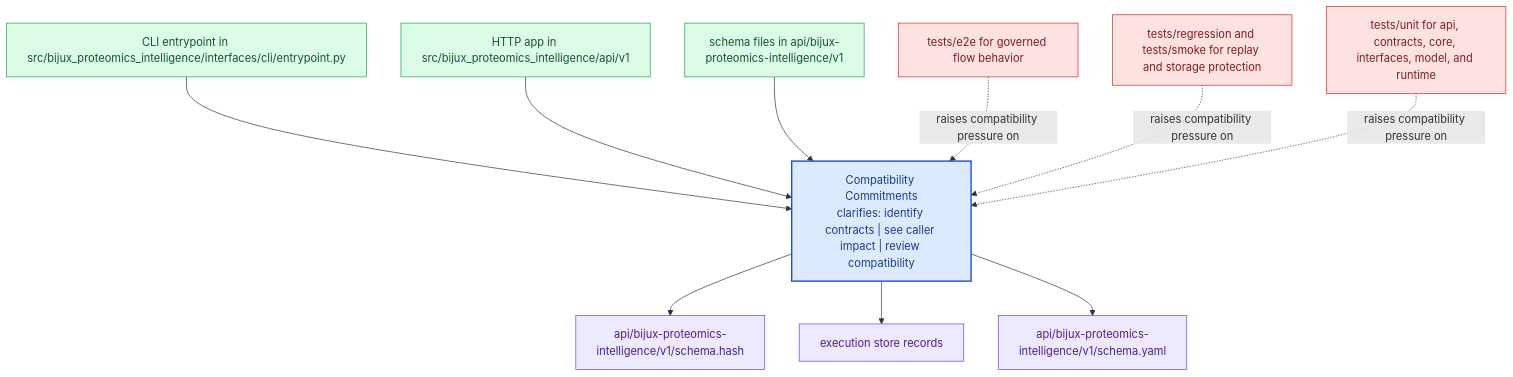
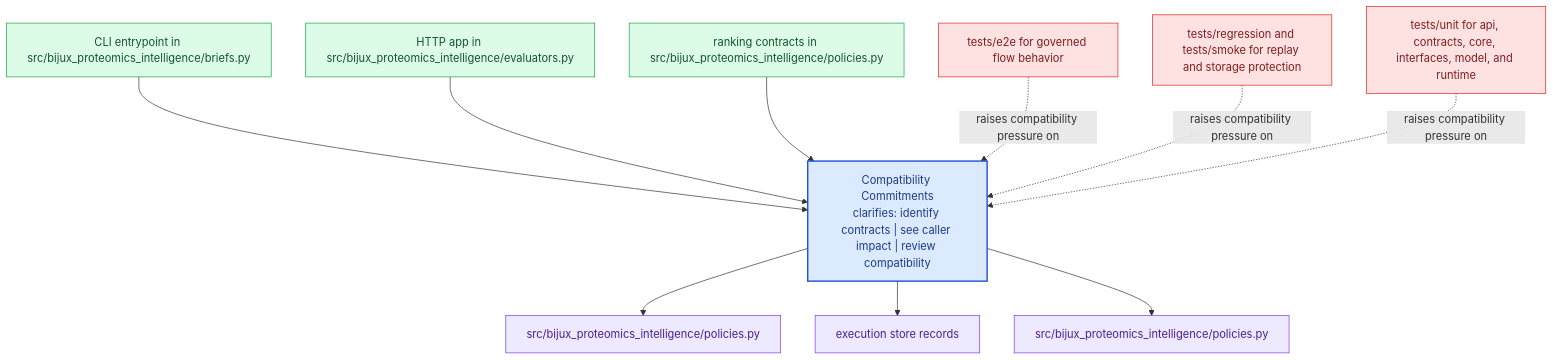
Before and after one commit to bijux/bijux-proteomics: the diagram in docs/bijux-proteomics-intelligence/interfaces/compatibility-commitments.md, drawn with Mermaid. The commit also changed other lines of this file and 24 other files, not shown here.

Commit message:
docs(bijux-proteomics-intelligence): align handbook with ranking and decision responsibilities

````diff
--- a/docs/bijux-proteomics-intelligence/interfaces/compatibility-commitments.md
+++ b/docs/bijux-proteomics-intelligence/interfaces/compatibility-commitments.md
@@ -23,31 +23,31 @@
 ```mermaid
 flowchart TB
     page["Compatibility Commitments<br/>clarifies: identify contracts | see caller impact | review compatibility"]
     classDef page fill:#dbeafe,stroke:#1d4ed8,color:#1e3a8a,stroke-width:2px;
     classDef positive fill:#dcfce7,stroke:#16a34a,color:#14532d;
     classDef caution fill:#fee2e2,stroke:#dc2626,color:#7f1d1d;
     classDef anchor fill:#ede9fe,stroke:#7c3aed,color:#4c1d95;
     classDef action fill:#fef3c7,stroke:#d97706,color:#7c2d12;
-    surface1["CLI entrypoint in src/bijux_proteomics_intelligence/interfaces/cli/entrypoint.py"]
+    surface1["CLI entrypoint in src/bijux_proteomics_intelligence/briefs.py"]
     surface1 --> page
-    surface2["HTTP app in src/bijux_proteomics_intelligence/api/v1"]
+    surface2["HTTP app in src/bijux_proteomics_intelligence/evaluators.py"]
     surface2 --> page
-    surface3["schema files in api/bijux-proteomics-intelligence/v1"]
+    surface3["ranking contracts in src/bijux_proteomics_intelligence/policies.py"]
     surface3 --> page
-    proof1["api/bijux-proteomics-intelligence/v1/schema.hash"]
+    proof1["src/bijux_proteomics_intelligence/policies.py"]
     page --> proof1
     proof2["execution store records"]
     page --> proof2
-    proof3["api/bijux-proteomics-intelligence/v1/schema.yaml"]
+    proof3["src/bijux_proteomics_intelligence/policies.py"]
     page --> proof3
     review1["tests/e2e for governed flow behavior"]
     review1 -.raises compatibility pressure on.-> page
     review2["tests/regression and tests/smoke for replay and storage protection"]
     review2 -.raises compatibility pressure on.-> page
     review3["tests/unit for api, contracts, core, interfaces, model, and runtime"]
     review3 -.raises compatibility pressure on.-> page
     class page page;
     class surface1,surface2,surface3 positive;
     class proof1,proof2,proof3 anchor;
     class review1,review2,review3 caution;
 ```
````
